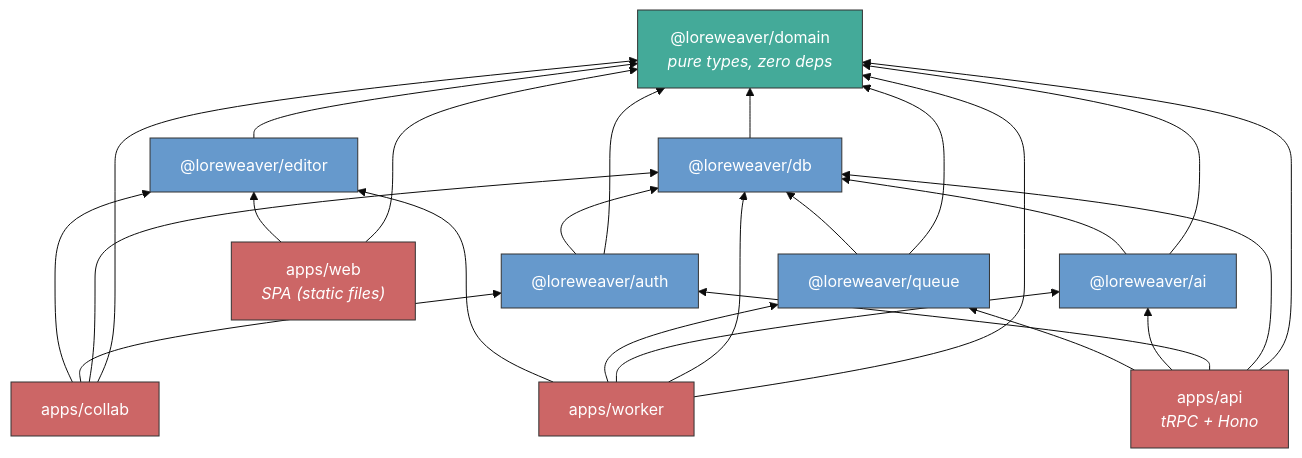
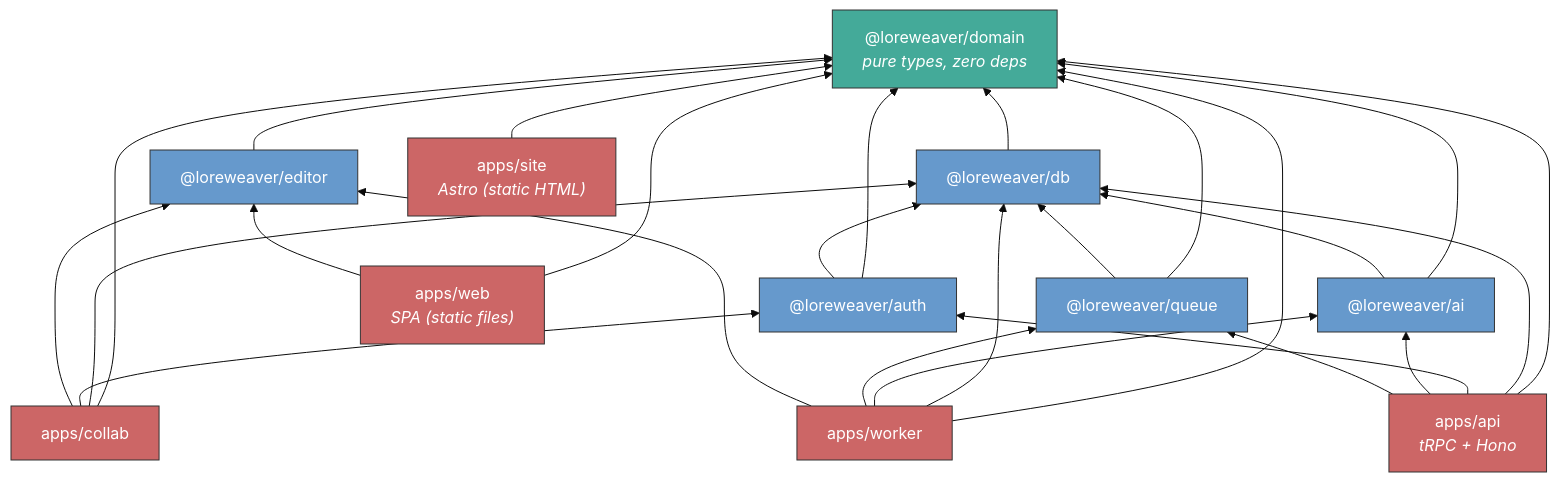
Before and after one commit to familiar-systems/familiar: the diagram in docs/plans/2026-02-14-project-structure-spa-design.md, drawn with Mermaid (base theme). The commit also changed other lines of this file and 107 other files, not shown here.

Commit message:
Initial static site using Astro + Cooper theme as base

````diff
--- a/docs/plans/2026-02-14-project-structure-spa-design.md
+++ b/docs/plans/2026-02-14-project-structure-spa-design.md
@@ -80,44 +83,47 @@
 ```mermaid
 graph BT
     domain["@loreweaver/domain<br/><i>pure types, zero deps</i>"]
 
     db["@loreweaver/db"] --> domain
     editor["@loreweaver/editor"] --> domain
     ai["@loreweaver/ai"] --> domain
     ai --> db
     queue["@loreweaver/queue"] --> domain
     queue --> db
     auth["@loreweaver/auth"] --> domain
     auth --> db
+
+    site["apps/site<br/><i>Astro (static HTML)</i>"] --> domain
 
     web["apps/web<br/><i>SPA (static files)</i>"] --> domain
     web --> editor
 
     api["apps/api<br/><i>tRPC + Hono</i>"] --> domain
     api --> db
     api --> auth
     api --> ai
     api --> queue
 
     collab["apps/collab"] --> domain
     collab --> db
     collab --> auth
     collab --> editor
 
     worker["apps/worker"] --> domain
     worker --> db
     worker --> ai
     worker --> queue
     worker --> editor
 
     style domain fill:#4a9,stroke:#333,color:#fff
     style db fill:#69c,stroke:#333,color:#fff
     style editor fill:#69c,stroke:#333,color:#fff
     style ai fill:#69c,stroke:#333,color:#fff
     style queue fill:#69c,stroke:#333,color:#fff
     style auth fill:#69c,stroke:#333,color:#fff
+    style site fill:#c66,stroke:#333,color:#fff
     style web fill:#c66,stroke:#333,color:#fff
     style api fill:#c66,stroke:#333,color:#fff
     style collab fill:#c66,stroke:#333,color:#fff
     style worker fill:#c66,stroke:#333,color:#fff
 ```
````
